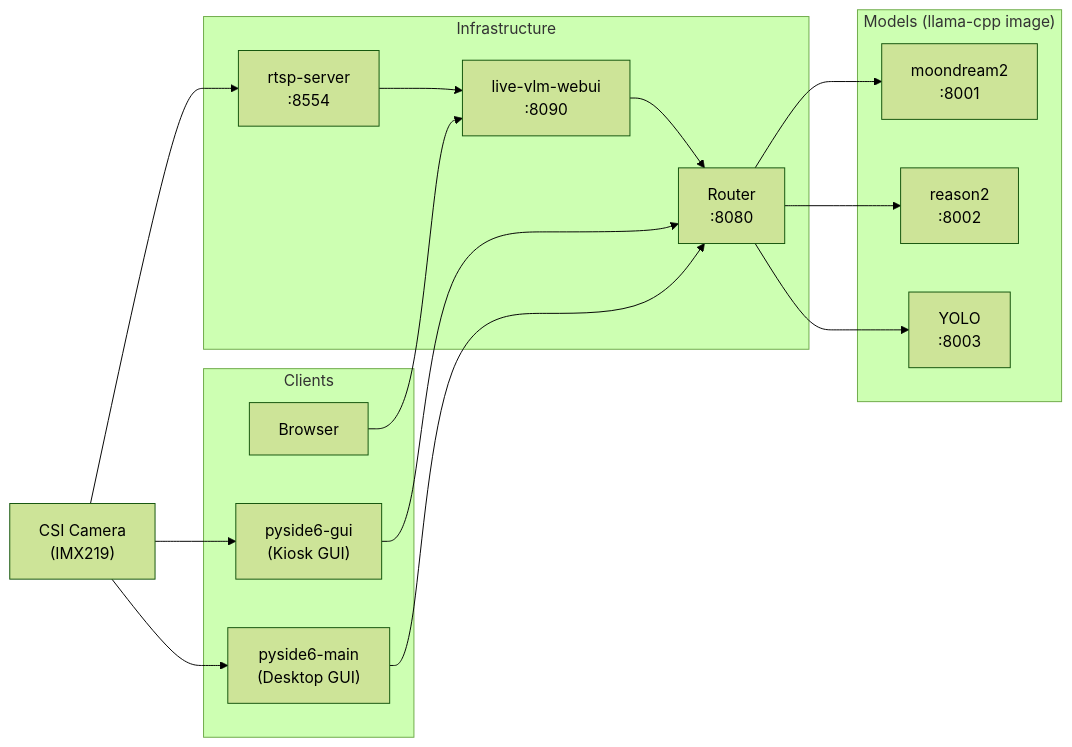
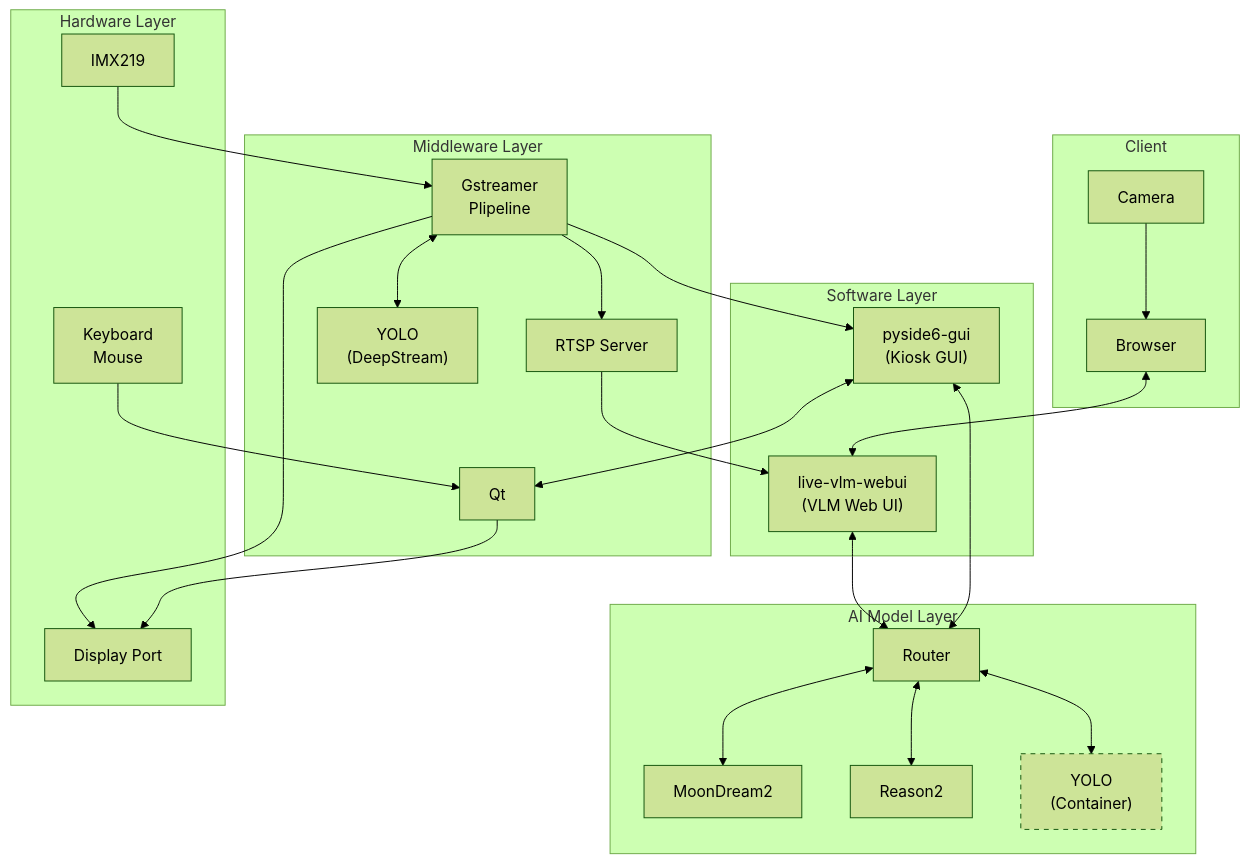
One commit to ccbruce0812/nikko-vlm-webui changed the diagram in readme.md. Above: the diagram before and after it, drawn with Mermaid (forest theme). The commit also changed other lines of this file, not shown here.

````diff
--- a/readme.md
+++ b/readme.md
@@ -16,32 +16,53 @@
 ```mermaid
-flowchart LR
-    subgraph Clients["Clients"]
-        Browser["Browser"]
-        Kiosk["pyside6-gui<br/>(Kiosk GUI)"]
-        Desktop["pyside6-main<br/>(Desktop GUI)"]
+flowchart TB
+    subgraph client [Client]
+        browser[Browser]
+        cam[Camera]
     end
 
-    subgraph Infra["Infrastructure"]
-        WebUI["live-vlm-webui<br/>:8090"]
-        RTSP["rtsp-server<br/>:8554"]
-        Router["Router<br/>:8080"]
+    subgraph middle_layer [Middleware Layer]
+        rtsp[RTSP Server]
+        gst[Gstreamer<br>Plipeline]
+        yolo2["YOLO<br>(DeepStream)"]
+        qt[Qt]
     end
 
-    subgraph Models["Models (llama-cpp image)"]
-        Moon["moondream2<br/>:8001"]
-        Cosmos["reason2<br/>:8002"]
-        YOLO["YOLO<br/>:8003"]
+    subgraph software_layer[Software Layer]
+        webui["live-vlm-webui<br>(VLM Web UI)"]
+        kiosk["pyside6-gui<br>(Kiosk GUI)"]
     end
 
-    CSI["CSI Camera<br/>(IMX219)"]
+    subgraph model_layer [AI Model Layer]
+        router[Router]
+        moondream[MoonDream2]
+        cosmos[Reason2]
+        yolo["YOLO<br>(Container)"]
+        style yolo stroke-dasharray: 5 5
+    end
 
-    Browser --> WebUI --> Router
-    CSI --> RTSP --> WebUI
-    CSI --> Kiosk
-    CSI --> Desktop
-    Kiosk --> Router
-    Desktop --> Router
-    Router --> Moon
-    Router --> Cosmos
-    Router --> YOLO
+    subgraph hardware_layer [Hardware Layer]
+        csi[IMX219]
+        dp[Display Port]
+        input[Keyboard<br>Mouse]
+    end
+
+    cam --> browser
+    browser <--> webui
+
+    webui <--> router
+    kiosk <--> router
+
+    csi --> gst
+    gst --> dp
+    gst <--> yolo2
+    gst --> rtsp
+    rtsp --> webui
+    gst --> kiosk
+    kiosk <--> qt
+    qt --> dp
+    input --> qt
+
+    router <--> moondream
+    router <--> cosmos
+    router <--> yolo
 ```
````
